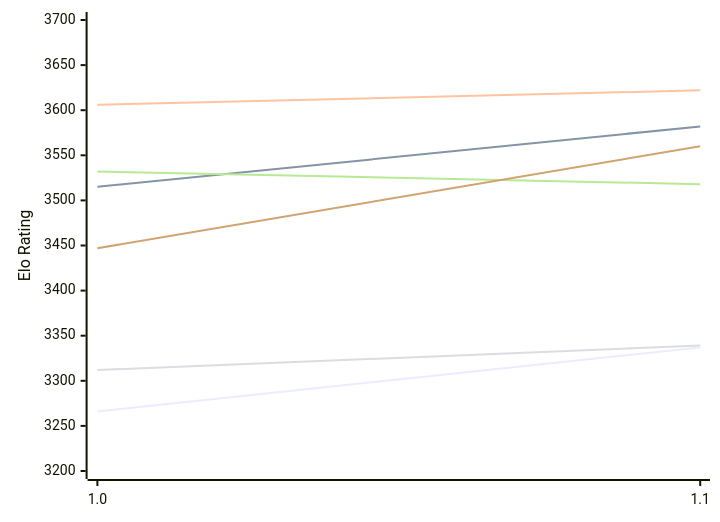
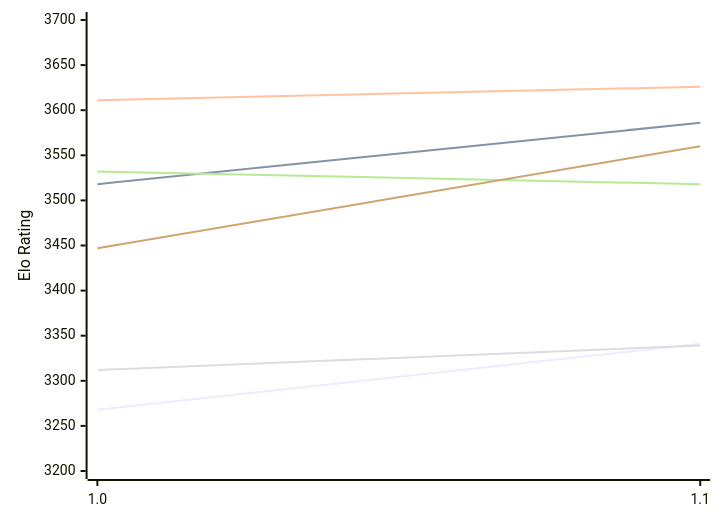
Before and after one commit to computer-chess-index/cci: the first of 2 diagrams in engines/Horsie.md, drawn with Mermaid. The commit also changed other lines of this file, not shown here.

Commit message:
Update CCI Ratings (ELO VLTC) - 2026-11-22

````diff
--- a/engines/Horsie.md
+++ b/engines/Horsie.md
@@ -50,12 +50,12 @@
 ```mermaid
 %%{init: {"theme":"base","themeVariables":{"seriesColors:['#a3a3a3','#222221','#faa371']}}}%%
 xychart-beta
   x-axis ["1.0", "1.1"]
   y-axis "Elo Rating" 3200 --> 3700
-  line "E1: STC (8.0+0.08s)" [3266, 3337]
-  line "E1: LTC (60.0+0.60s)" [3515, 3582]
-  line "E1: VLTC (2m24s+1.12s)" [3606, 3622]
+  line "E1: STC (8.0+0.08s)" [3268, 3341]
+  line "E1: LTC (60.0+0.60s)" [3518, 3586]
+  line "E1: VLTC (2m24s+1.12s)" [3611, 3626]
   line "P1: STC (8.0+0.08s)" [3312, 3339]
   line "P1: LTC (60.0+0.60s)" [3532, 3518]
   line "P1: VLTC (2m24s+1.12s)" [3447, 3560]
 ```
````
